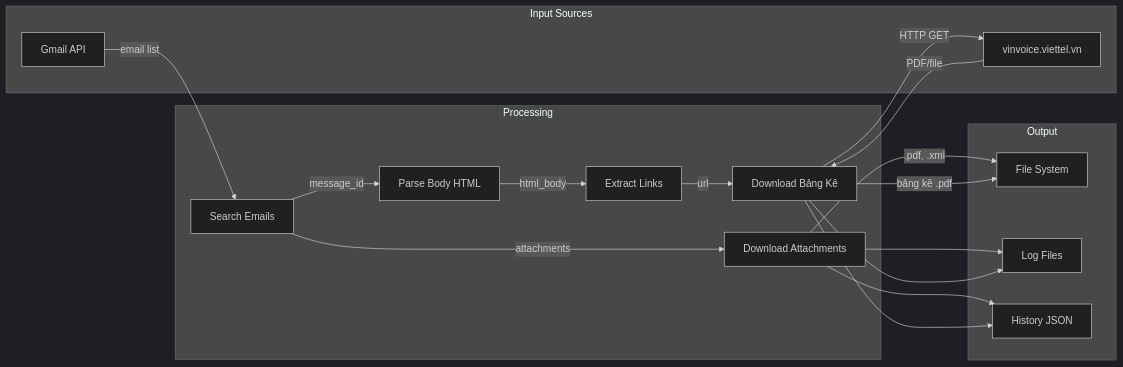
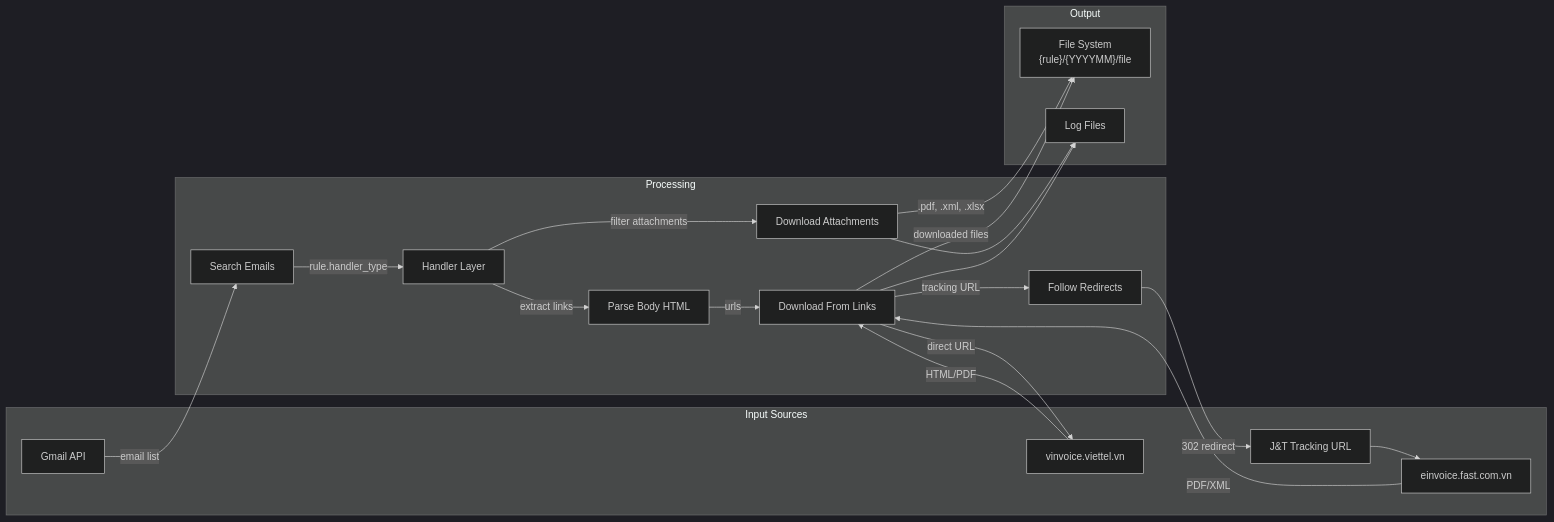
One commit to websiteallship/tool_ext_auto_load_mail_vtp changed the diagram in docs/ARCH_data_flow.md. Above: the diagram before and after it, drawn with Mermaid (dark theme). The commit also changed other lines of this file and 27 other files, not shown here.

Commit message:
feat: add handler system, scheduler, docs update, and email template analysis

````diff
--- a/docs/ARCH_data_flow.md
+++ b/docs/ARCH_data_flow.md
@@ -7,35 +7,42 @@
 ```mermaid
 flowchart LR
     subgraph "Input Sources"
         GM[Gmail API]
         VT[vinvoice.viettel.vn]
+        FAST[einvoice.fast.com.vn]
+        JT_TRACK[J&T Tracking URL]
     end
 
     subgraph "Processing"
         SEARCH[Search Emails]
+        HANDLER[Handler Layer]
         PARSE[Parse Body HTML]
-        EXTRACT[Extract Links]
         DL_ATT[Download Attachments]
-        DL_BK[Download Bảng Kê]
+        DL_LINK[Download From Links]
+        REDIR[Follow Redirects]
     end
 
     subgraph "Output"
-        FS[File System]
+        FS["File System\n{rule}/{YYYYMM}/file"]
         LOG[Log Files]
-        HIST[History JSON]
     end
 
     GM -->|email list| SEARCH
-    SEARCH -->|message_id| PARSE
-    SEARCH -->|attachments| DL_ATT
-    PARSE -->|html_body| EXTRACT
-    EXTRACT -->|url| DL_BK
-    DL_BK -->|HTTP GET| VT
-    VT -->|PDF/file| DL_BK
-    DL_ATT -->|.pdf, .xml| FS
-    DL_BK -->|bảng kê .pdf| FS
+    SEARCH -->|rule.handler_type| HANDLER
+
+    HANDLER -->|filter attachments| DL_ATT
+    HANDLER -->|extract links| PARSE
+    PARSE -->|urls| DL_LINK
+
+    DL_LINK -->|direct URL| VT
+    DL_LINK -->|tracking URL| REDIR
+    REDIR -->|302 redirect| JT_TRACK --> FAST
+
+    VT -->|HTML/PDF| DL_LINK
+    FAST -->|PDF/XML| DL_LINK
+
+    DL_ATT -->|".pdf, .xml, .xlsx"| FS
+    DL_LINK -->|downloaded files| FS
     DL_ATT --> LOG
-    DL_BK --> LOG
-    DL_ATT --> HIST
-    DL_BK --> HIST
+    DL_LINK --> LOG
 ```
````
